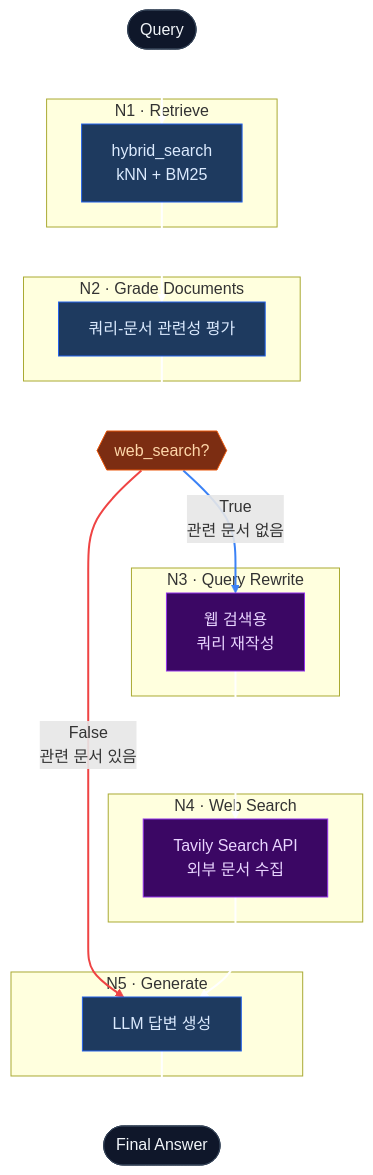
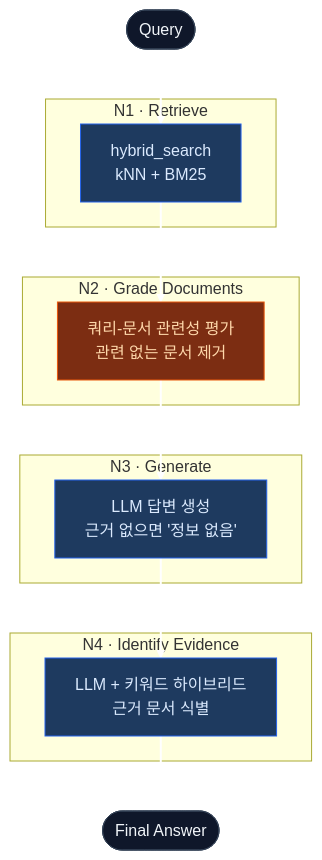
The second of 3 diagrams in README.md (linkmind-ai/rag-project), drawn with Mermaid before and after one commit. The commit also changed other lines of this file and 6 other files, not shown here.

````diff
--- a/README.md
+++ b/README.md
@@ -90,51 +89,38 @@
 ```mermaid
 flowchart TD
     classDef io       fill:#0f172a,stroke:#334155,color:#f1f5f9,rx:16,ry:16
     classDef process  fill:#1e3a5f,stroke:#2563eb,color:#dbeafe
-    classDef decide   fill:#7c2d12,stroke:#ea580c,color:#fed7aa
-    classDef web      fill:#3b0764,stroke:#9333ea,color:#e9d5ff
+    classDef grade    fill:#7c2d12,stroke:#ea580c,color:#fed7aa
 
     START(["Query"]):::io
 
     subgraph SG1["  N1 · Retrieve  "]
         R["hybrid_search\n kNN + BM25"]:::process
     end
 
     subgraph SG2["  N2 · Grade Documents  "]
-        G["쿼리-문서 관련성 평가"]:::process
+        G["쿼리-문서 관련성 평가\n관련 없는 문서 제거"]:::grade
     end
 
-    DEC{{"web_search?"}}:::decide
-
-    subgraph SG3["  N3 · Query Rewrite  "]
-        QR["웹 검색용\n쿼리 재작성"]:::web
+    subgraph SG3["  N3 · Generate  "]
+        GEN["LLM 답변 생성\n근거 없으면 '정보 없음'"]:::process
     end
 
-    subgraph SG4["  N4 · Web Search  "]
-        WS["Tavily Search API\n외부 문서 수집"]:::web
-    end
-
-    subgraph SG5["  N5 · Generate  "]
-        GEN["LLM 답변 생성"]:::process
+    subgraph SG4["  N4 · Identify Evidence  "]
+        EV["LLM + 키워드 하이브리드\n근거 문서 식별"]:::process
     end
 
     END(["Final Answer"]):::io
 
     START --> R
     R --> G
-    G --> DEC
-    DEC -- "True\n관련 문서 없음" --> QR
-    DEC -- "False\n관련 문서 있음" --> GEN
-    QR --> WS
-    WS --> GEN
-    GEN --> END
+    G --> GEN
+    GEN --> EV
+    EV --> END
 
     linkStyle 0 stroke:#ffffff,stroke-width:2px
     linkStyle 1 stroke:#ffffff,stroke-width:2px
     linkStyle 2 stroke:#ffffff,stroke-width:2px
-    linkStyle 3 stroke:#3b82f6,stroke-width:2px
-    linkStyle 4 stroke:#ef4444,stroke-width:2px
-    linkStyle 5 stroke:#ffffff,stroke-width:2px
-    linkStyle 6 stroke:#ffffff,stroke-width:2px
-    linkStyle 7 stroke:#ffffff,stroke-width:2px
+    linkStyle 3 stroke:#ffffff,stroke-width:2px
+    linkStyle 4 stroke:#ffffff,stroke-width:2px
 ```
````
